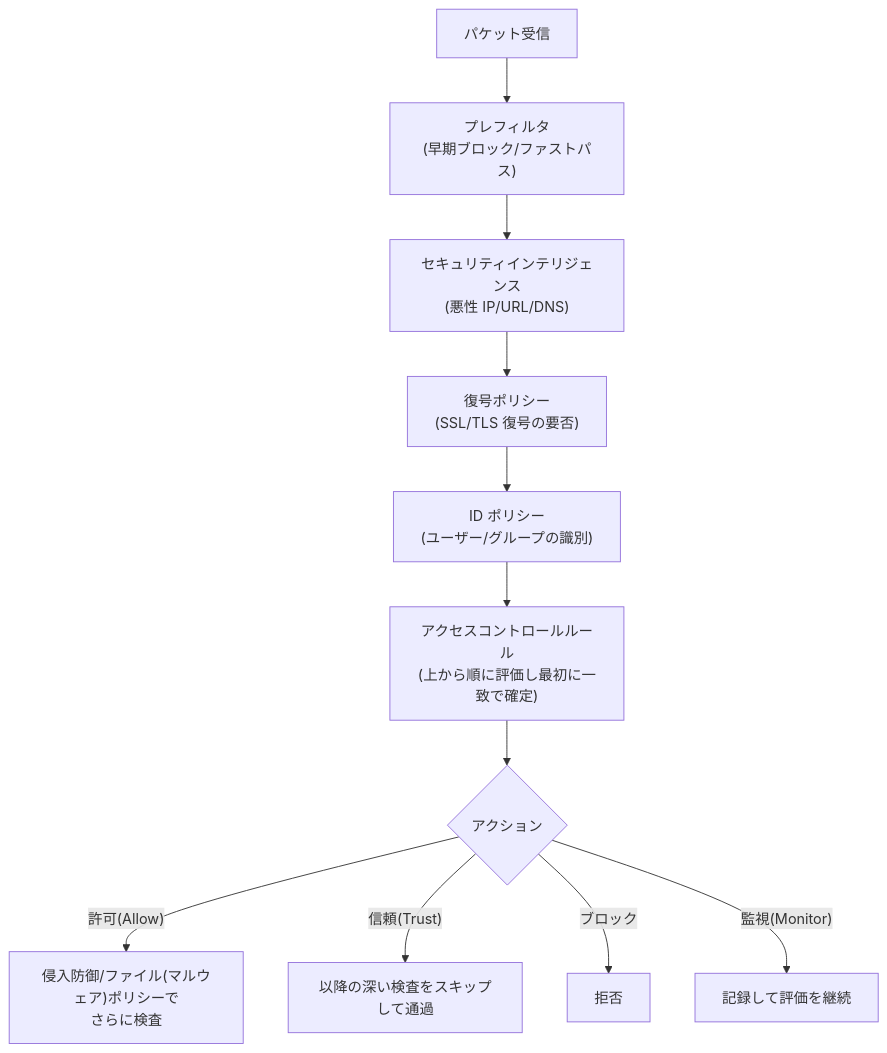
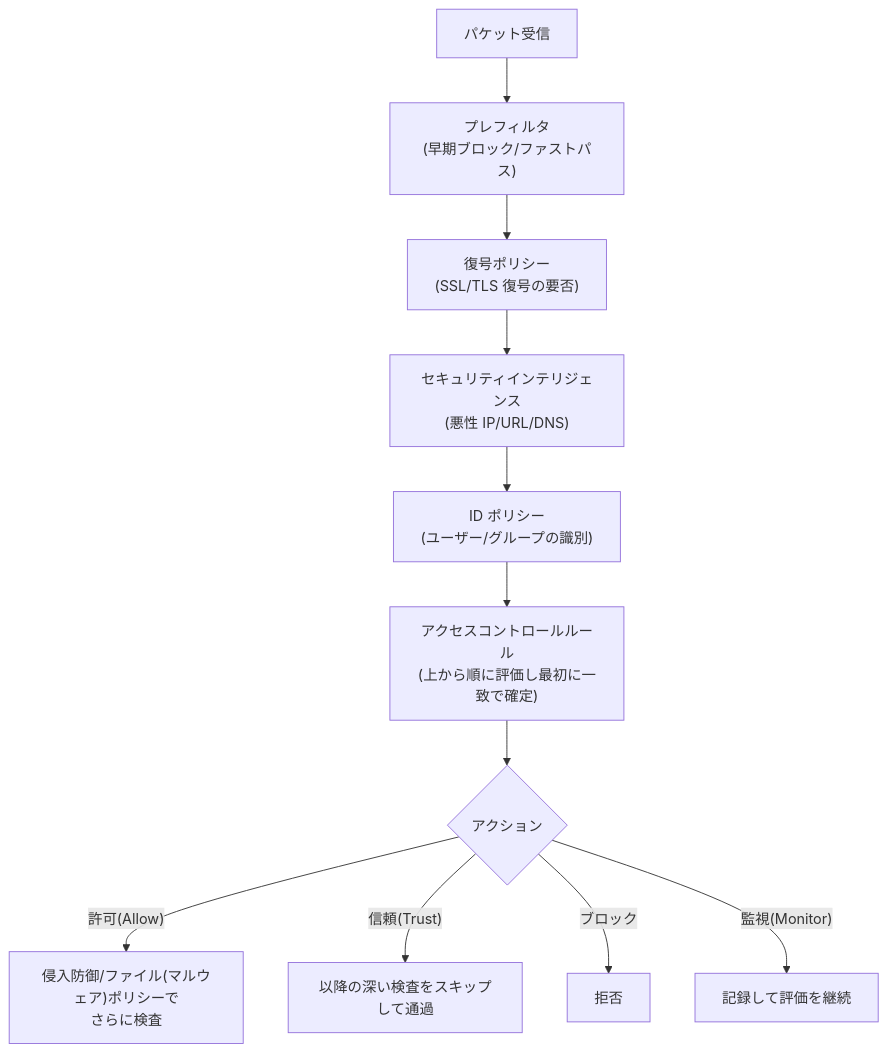
One commit to myoshi2891/Cloud-Infrastructure-and-Network-Studies changed diagram 13 of 23 in Ccnp-security-guide.md. Above: the diagram before and after it, drawn with Mermaid. The commit also changed other lines of this file, not shown here.

````diff
--- a/Ccnp-security-guide.md
+++ b/Ccnp-security-guide.md
@@ -871,13 +872,13 @@
 ```mermaid
 flowchart TD
     A["パケット受信"] --> B["プレフィルタ\n(早期ブロック/ファストパス)"]
-    B --> C["セキュリティインテリジェンス\n(悪性 IP/URL/DNS)"]
-    C --> D["復号ポリシー\n(SSL/TLS 復号の要否)"]
+    B --> C["復号ポリシー\n(SSL/TLS 復号の要否)"]
+    C --> D["セキュリティインテリジェンス\n(悪性 IP/URL/DNS)"]
     D --> E["ID ポリシー\n(ユーザー/グループの識別)"]
     E --> F["アクセスコントロールルール\n(上から順に評価し最初に一致で確定)"]
     F --> G{"アクション"}
     G -->|"許可(Allow)"| H["侵入防御/ファイル(マルウェア)ポリシーで\nさらに検査"]
     G -->|"信頼(Trust)"| I["以降の深い検査をスキップして通過"]
     G -->|"ブロック"| J["拒否"]
     G -->|"監視(Monitor)"| K["記録して評価を継続"]
 ```
````
